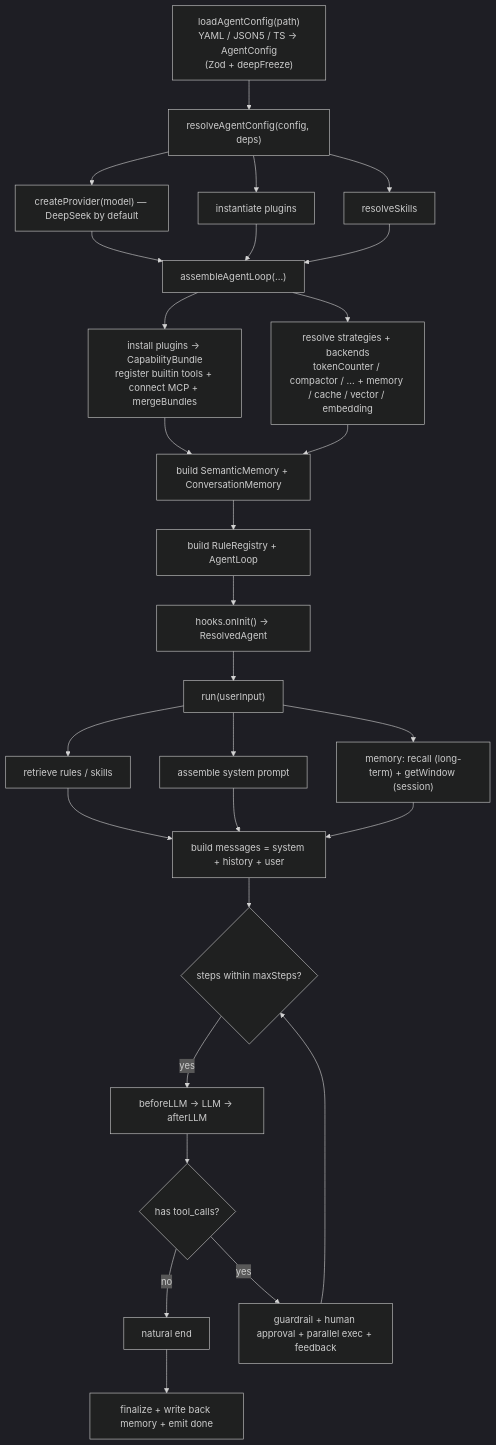
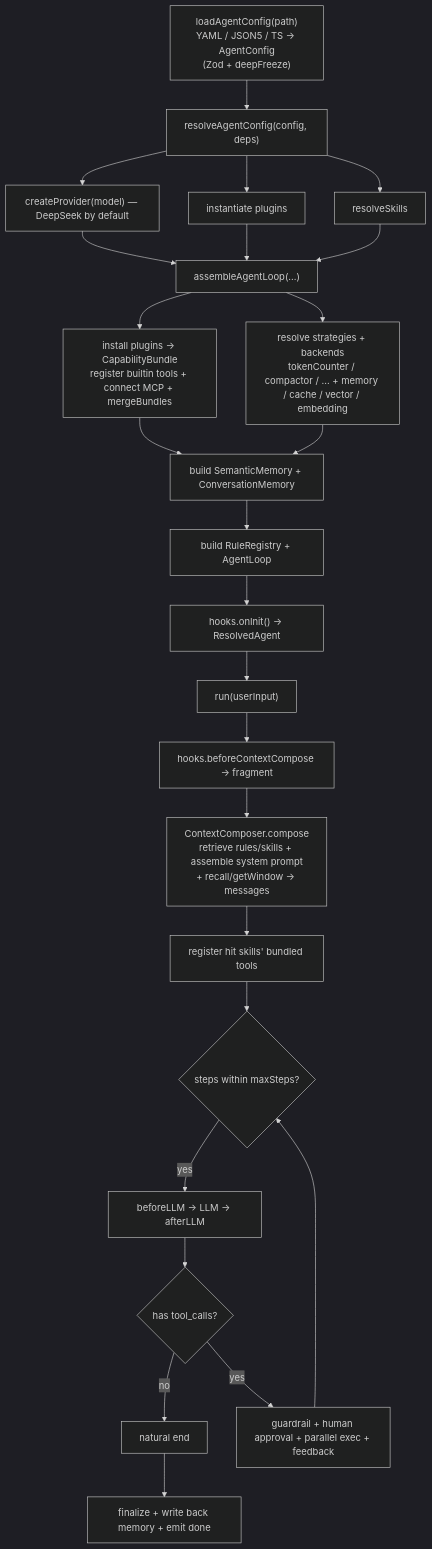
The diagram in packages/core/README.md (lhx-space/agent-engine), drawn with Mermaid (dark theme) before and after one commit. The commit also changed other lines of this file and 2 other files, not shown here.

Commit message:
docs: 同步 README 与 AGENTS.md 的 ContextComposer 落地

````diff
--- a/packages/core/README.md
+++ b/packages/core/README.md
@@ -77,31 +81,28 @@
 ```mermaid
 flowchart TD
     A["loadAgentConfig(path)<br/>YAML / JSON5 / TS → AgentConfig<br/>(Zod + deepFreeze)"] --> B["resolveAgentConfig(config, deps)"]
     B --> C["createProvider(model) — DeepSeek by default"]
     B --> D["instantiate plugins"]
     B --> E["resolveSkills"]
     C --> F["assembleAgentLoop(...)"]
     D --> F
     E --> F
     F --> G["install plugins → CapabilityBundle<br/>register builtin tools + connect MCP + mergeBundles"]
     F --> H["resolve strategies + backends<br/>tokenCounter / compactor / ... + memory / cache / vector / embedding"]
     G --> I["build SemanticMemory + ConversationMemory"]
     H --> I
     I --> J["build RuleRegistry + AgentLoop"]
     J --> K["hooks.onInit() → ResolvedAgent"]
 
     K --> R["run(userInput)"]
-    R --> S["retrieve rules / skills"]
-    R --> T["assemble system prompt"]
-    R --> U["memory: recall (long-term) + getWindow (session)"]
-    S --> V["build messages = system + history + user"]
-    T --> V
-    U --> V
+    R --> S["hooks.beforeContextCompose → fragment"]
+    S --> T["ContextComposer.compose<br/>retrieve rules/skills + assemble system prompt<br/>+ recall/getWindow → messages"]
+    T --> V["register hit skills' bundled tools"]
     V --> W{"steps within maxSteps?"}
     W -- yes --> X["beforeLLM → LLM → afterLLM"]
     X --> Y{"has tool_calls?"}
     Y -- no --> Z["natural end"]
     Y -- yes --> AA["guardrail + human approval + parallel exec + feedback"]
     AA --> W
     Z --> AB["finalize + write back memory + emit done"]
 ```
````
